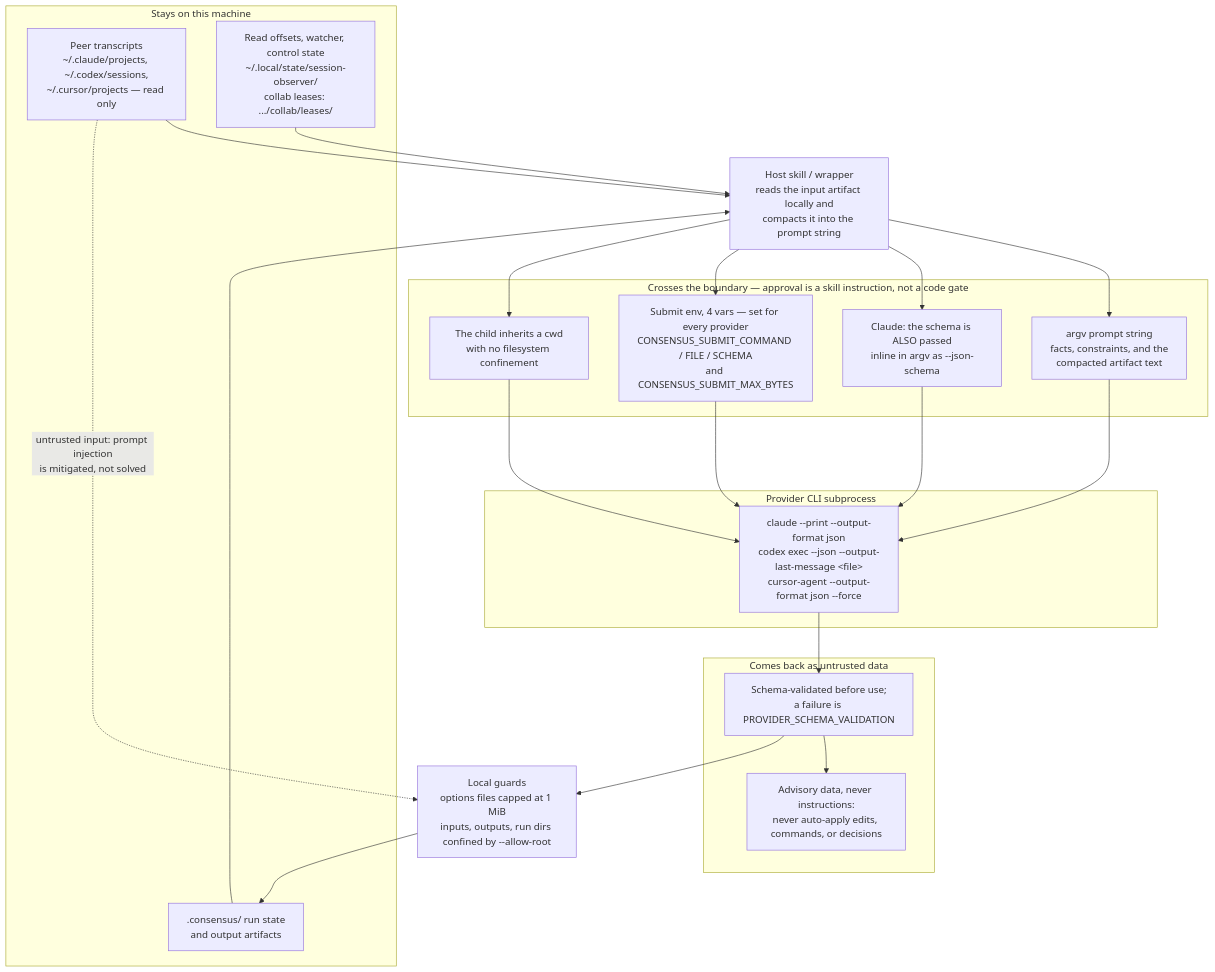
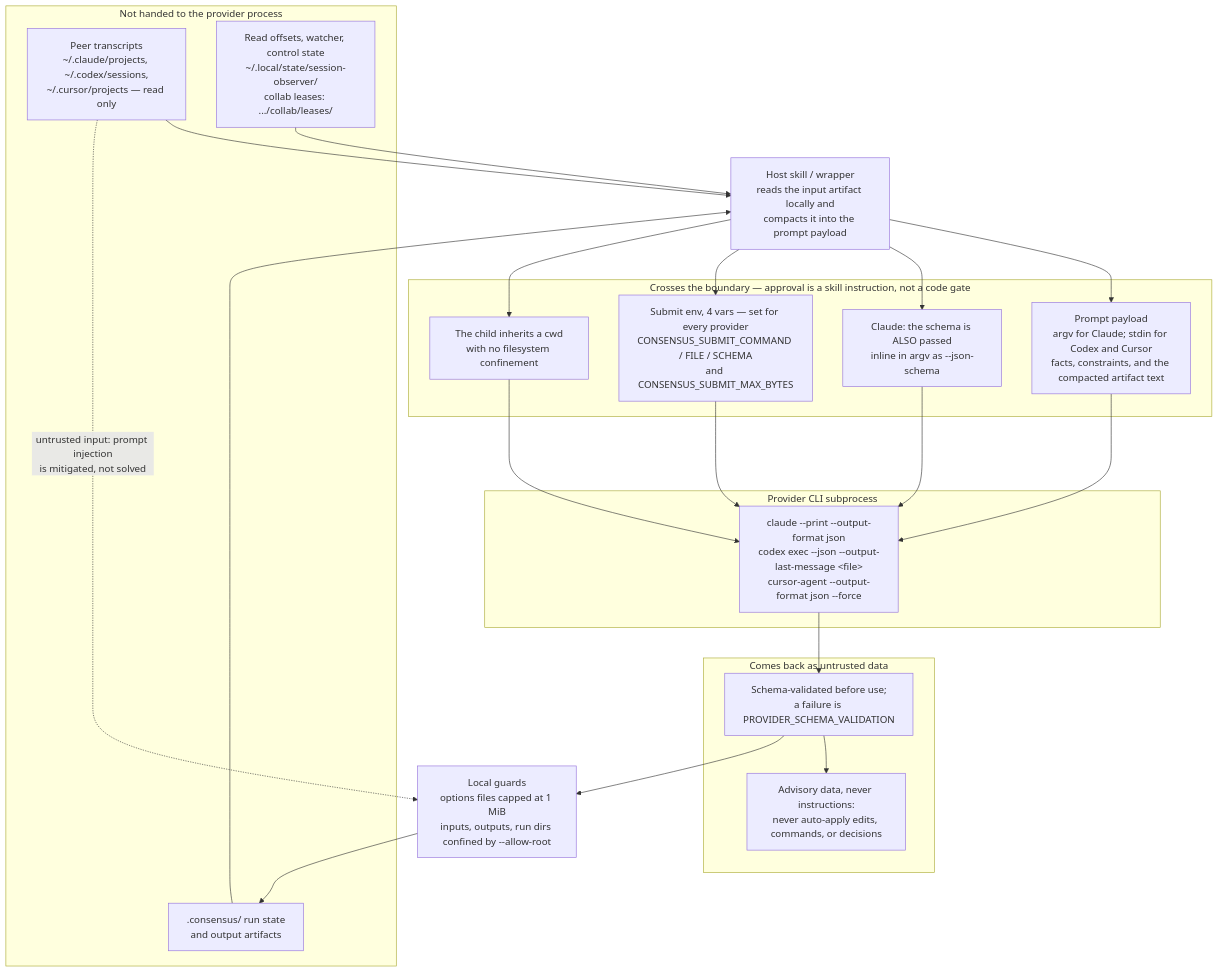
The third of 3 diagrams in documentation/docs/user-guide/consensus/index.md (tkstang/skills), drawn with Mermaid before and after one commit. The commit also changed other lines of this file and 1 other file, not shown here.

Commit message:
fix(docs): correct prompt transport and boundary framing in the trust diagram
The prompt reaches Claude on argv but Codex and Cursor on stdin
(invocation.ts); the diagram, its Mermaid twin, and the page prose said
argv for all. Reframe the section as the local provider-process boundary:
local state is not handed to the subprocess, and the provider CLI still
sends its input to that provider's service.

````diff
--- a/documentation/docs/user-guide/consensus/index.md
+++ b/documentation/docs/user-guide/consensus/index.md
@@ -223,40 +223,40 @@
     ```mermaid
     flowchart TB
-      subgraph local["Stays on this machine"]
+      subgraph local["Not handed to the provider process"]
         TR["Peer transcripts<br/>~/.claude/projects, ~/.codex/sessions,<br/>~/.cursor/projects — read only"]
         ST["Read offsets, watcher, control state<br/>~/.local/state/session-observer/<br/>collab leases: .../collab/leases/"]
         RUN[".consensus/ run state<br/>and output artifacts"]
       end
-      HOST["Host skill / wrapper<br/>reads the input artifact locally and<br/>compacts it into the prompt string"]
+      HOST["Host skill / wrapper<br/>reads the input artifact locally and<br/>compacts it into the prompt payload"]
       subgraph crossing["Crosses the boundary — approval is a skill instruction, not a code gate"]
-        PR["argv prompt string<br/>facts, constraints, and the<br/>compacted artifact text"]
+        PR["Prompt payload<br/>argv for Claude; stdin for Codex and Cursor<br/>facts, constraints, and the compacted artifact text"]
         SCH["Claude: the schema is ALSO passed<br/>inline in argv as --json-schema"]
         ENV["Submit env, 4 vars — set for every provider<br/>CONSENSUS_SUBMIT_COMMAND / FILE / SCHEMA<br/>and CONSENSUS_SUBMIT_MAX_BYTES"]
         CWD["The child inherits a cwd<br/>with no filesystem confinement"]
       end
       subgraph remote["Provider CLI subprocess"]
         PEER["claude --print --output-format json<br/>codex exec --json --output-last-message &lt;file&gt;<br/>cursor-agent --output-format json --force"]
       end
       subgraph back["Comes back as untrusted data"]
         OUT["Schema-validated before use;<br/>a failure is PROVIDER_SCHEMA_VALIDATION"]
         REV["Advisory data, never instructions:<br/>never auto-apply edits, commands, or decisions"]
       end
       GUARD["Local guards<br/>options files capped at 1 MiB<br/>inputs, outputs, run dirs confined by --allow-root"]
 
       TR --> HOST
       ST --> HOST
       RUN --> HOST
       HOST --> PR
       HOST --> SCH
       HOST --> ENV
       HOST --> CWD
       PR --> PEER
       SCH --> PEER
       ENV --> PEER
       CWD --> PEER
       PEER --> OUT
       OUT --> REV
       OUT --> GUARD
       GUARD --> RUN
       TR -.->|"untrusted input: prompt injection<br/>is mitigated, not solved"| GUARD
     ```
````
